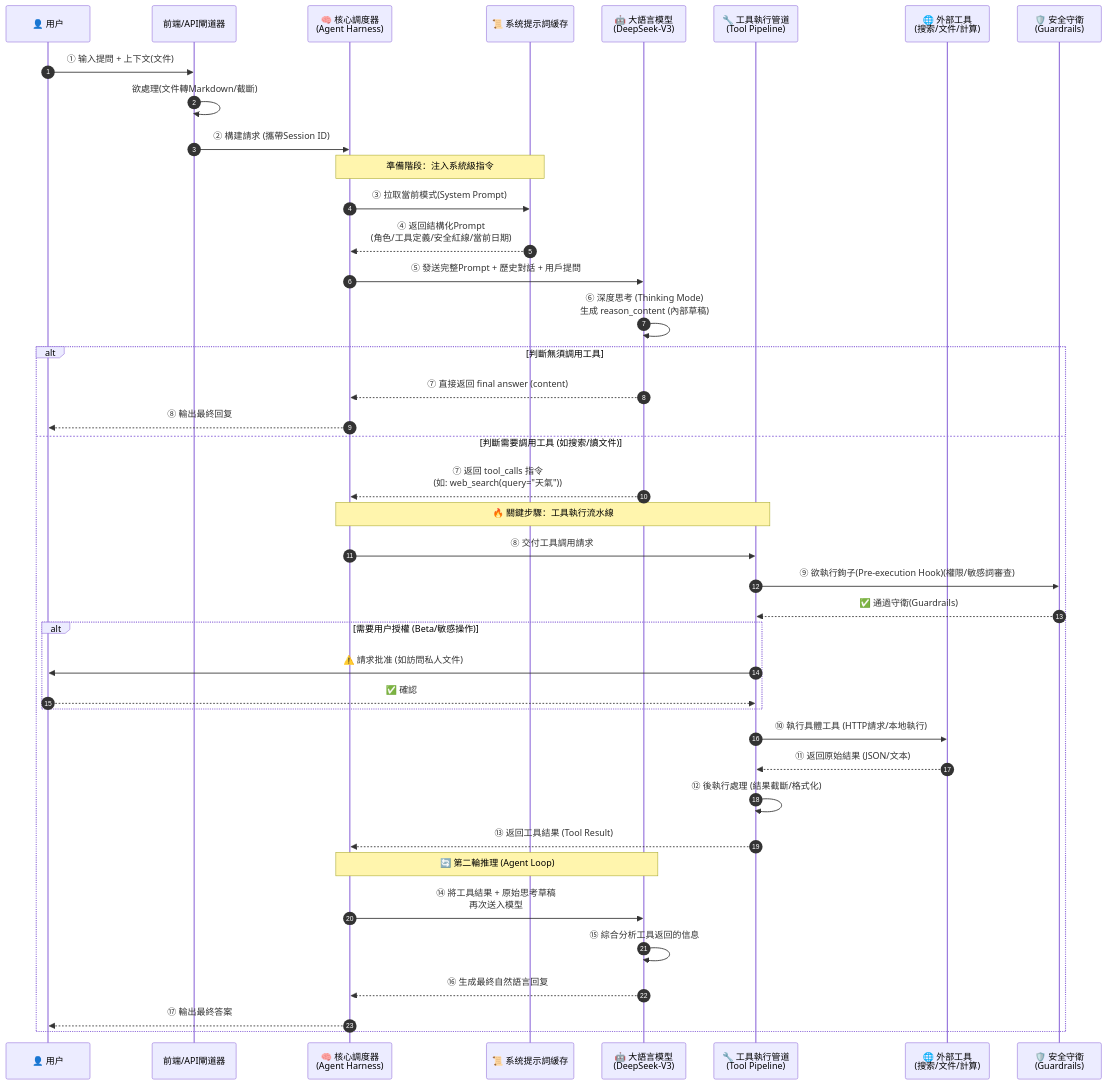
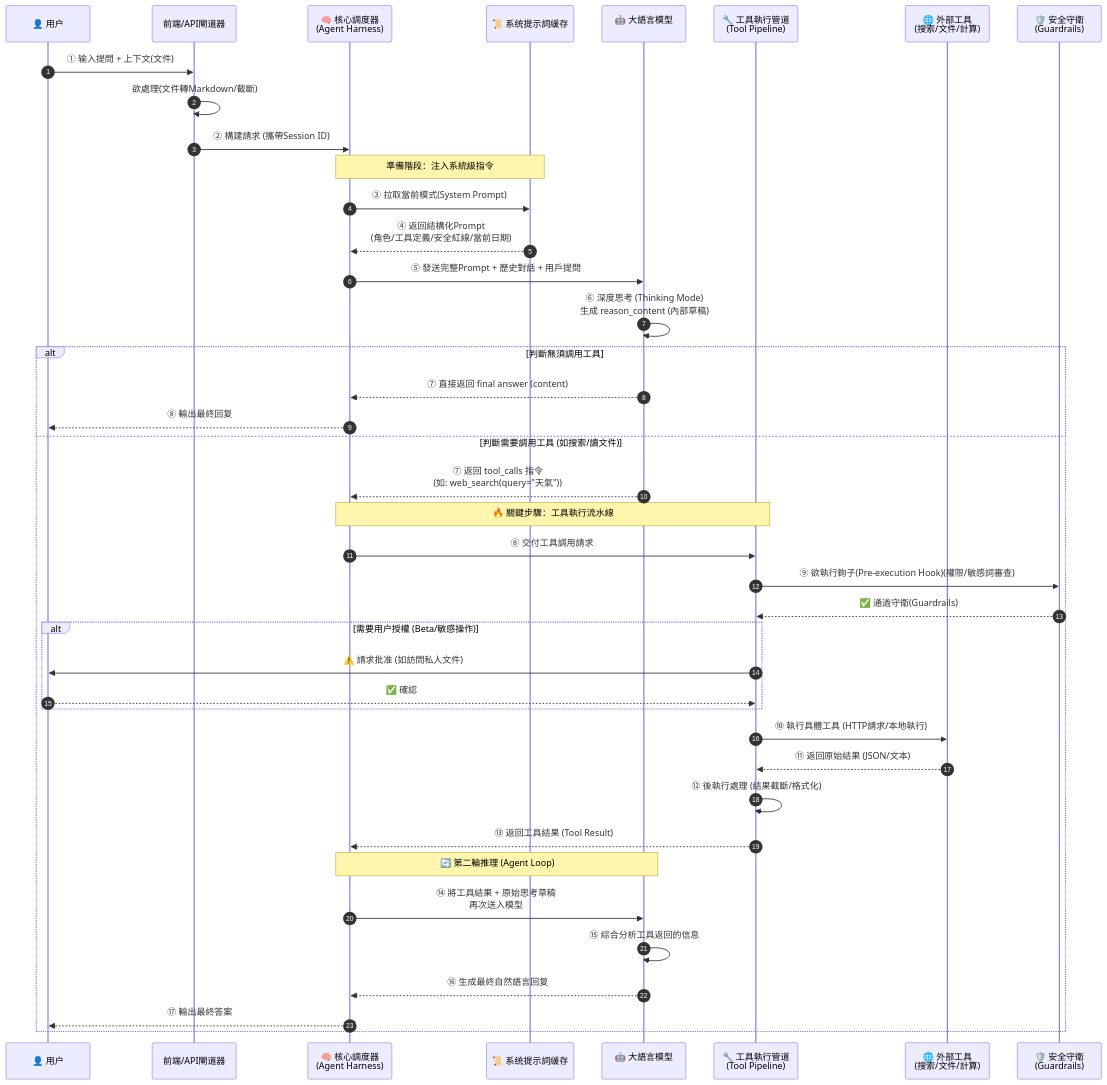
The diagram in Architect/Architect.md (yuchi1226/AI_ChatBot), drawn with Mermaid before and after one commit. The commit also changed 2 other files, not shown here.

Commit message:
撰寫README.md + 模型改用 gemma4:26b

````diff
--- a/Architect/Architect.md
+++ b/Architect/Architect.md
@@ -1,51 +1,51 @@
 ```mermaid
 sequenceDiagram
     autonumber
     participant User as 👤 用户
     participant FE as 前端/API閘道器
     participant Harness as 🧠 核心調度器<br>(Agent Harness)
     participant System as 📜 系统提示詞緩存
-    participant LLM as 🤖 大語言模型<br>(DeepSeek-V3)
+    participant LLM as 🤖 大語言模型<br>
     participant ToolPipe as 🔧 工具執行管道<br>(Tool Pipeline)
     participant ExtTool as 🌐 外部工具<br>(搜索/文件/計算)
     participant Safety as 🛡️ 安全守衛<br>(Guardrails)
 
     User->>FE: ① 输入提問 + 上下文(文件)
     FE->>FE: 欲處理(文件轉Markdown/截斷)
     FE->>Harness: ② 構建請求 (攜帶Session ID)
 
     Note over Harness,System: 準備階段：注入系統級指令
     Harness->>System: ③ 拉取當前模式(System Prompt)
     System-->>Harness: ④ 返回結構化Prompt<br>(角色/工具定義/安全紅線/當前日期)
    
     Harness->>LLM: ⑤ 發送完整Prompt + 歷史對話 + 用戶提問
     LLM->>LLM: ⑥ 深度思考 (Thinking Mode)<br>生成 reason_content (內部草稿)
    
     alt 判斷無須調用工具
         LLM-->>Harness: ⑦ 直接返回 final answer (content)
         Harness-->>User: ⑧ 輸出最終回复
     else 判斷需要調用工具 (如搜索/讀文件)
         LLM-->>Harness: ⑦ 返回 tool_calls 指令<br>(如: web_search(query="天氣"))
        
         Note over Harness,ToolPipe: 🔥 關鍵步驟：工具執行流水線
         Harness->>ToolPipe: ⑧ 交付工具調用請求
         ToolPipe->>Safety: ⑨ 欲執行鉤子(Pre-execution Hook)(權限/敏感詞審查)
         Safety-->>ToolPipe: ✅ 通過守衛(Guardrails)
        
         alt 需要用户授權 (Beta/敏感操作)
             ToolPipe->>User: ⚠️ 請求批准 (如訪問私人文件)
             User-->>ToolPipe: ✅ 確認
         end
        
         ToolPipe->>ExtTool: ⑩ 執行具體工具 (HTTP請求/本地執行)
         ExtTool-->>ToolPipe: ⑪ 返回原始結果 (JSON/文本)
         ToolPipe->>ToolPipe: ⑫ 後執行處理 (結果截斷/格式化)
         ToolPipe-->>Harness: ⑬ 返回工具結果 (Tool Result)
        
         Note over Harness,LLM: 🔄 第二輪推理 (Agent Loop)
         Harness->>LLM: ⑭ 將工具結果 + 原始思考草稿 <br>再次送入模型
         LLM->>LLM: ⑮ 綜合分析工具返回的信息
         LLM-->>Harness: ⑯ 生成最終自然語言回复
         Harness-->>User: ⑰ 輸出最終答案
     end
 ```
````
